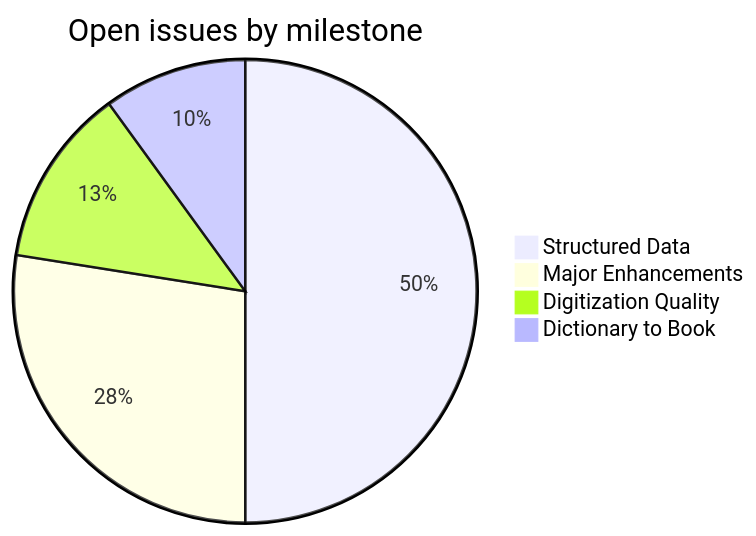
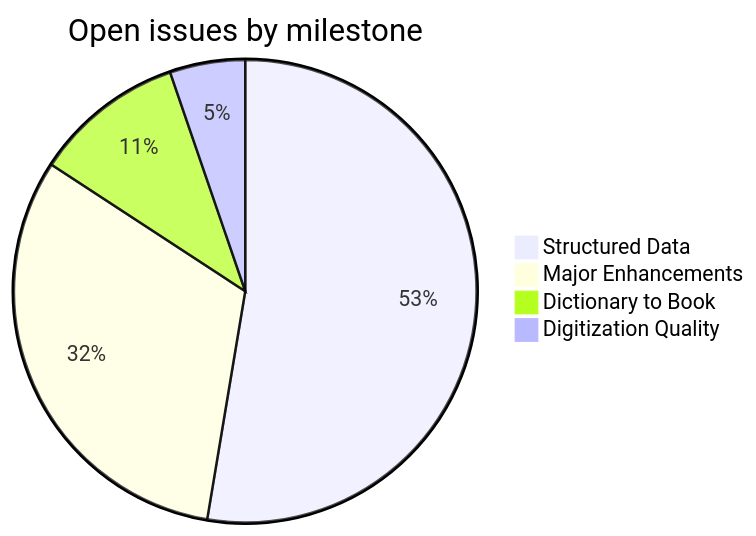
One commit to sanskrit-lexicon/PWK changed the second of 3 diagrams in readme.md. Above: the diagram before and after it, drawn with Mermaid. The commit also changed other lines of this file, not shown here.

````diff
--- a/readme.md
+++ b/readme.md
@@ -85,7 +84,7 @@
 ```mermaid
 pie title Open issues by milestone
     "Structured Data" : 20
-    "Major Enhancements" : 11
-    "Digitization Quality" : 5
+    "Major Enhancements" : 12
     "Dictionary to Book" : 4
+    "Digitization Quality" : 2
 ```
````
